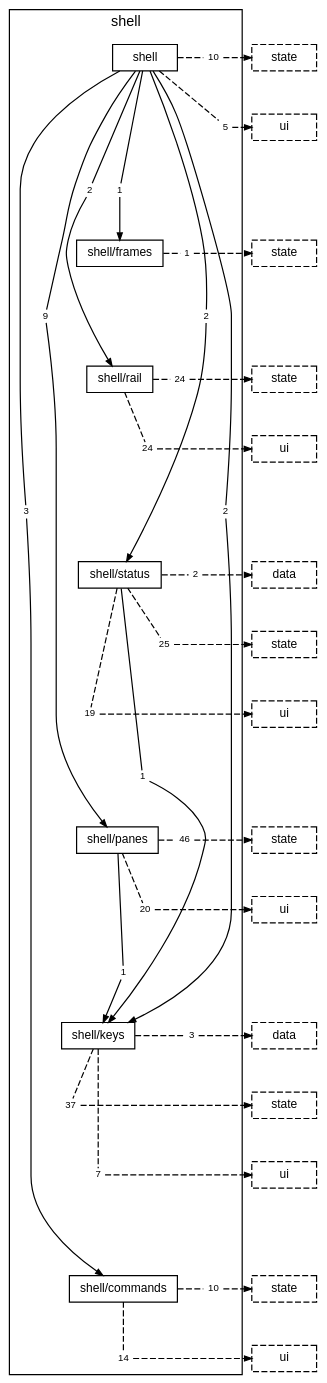
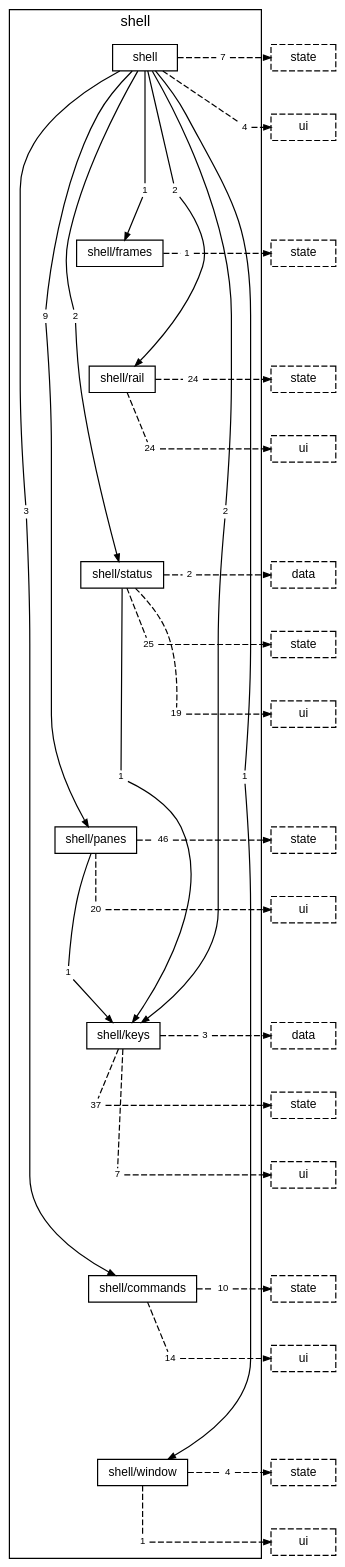
One commit to TheAxeC/oculus changed the diagram in docs/diagrams/layer-shell.dot. Above: the diagram before and after it, drawn with Graphviz. The commit also changed 144 other files, not shown here.

```diff
--- a/docs/diagrams/layer-shell.dot
+++ b/docs/diagrams/layer-shell.dot
@@ -1,120 +1,135 @@
 digraph layer_shell {
     graph [bgcolor="transparent", rankdir=TB, newrank=true, mclimit=4, fontname="Helvetica,Arial,sans-serif", fontsize=12, nodesep=0.2, ranksep=0.5];
     node [shape=box, color="black", fontcolor="black", fontname="Helvetica,Arial,sans-serif", fontsize=10, height=0.3, margin="0.12,0.04"];
     edge [color="black", fontcolor="black", fontname="Helvetica,Arial,sans-serif", fontsize=8, arrowsize=0.6];
     subgraph "cluster_shell" {
         label="shell"; style=solid;
         "folder shell" [label="shell"];
         "folder shell/frames" [label="shell/frames"];
         "folder shell/rail" [label="shell/rail"];
         "folder shell/status" [label="shell/status"];
         "folder shell/panes" [label="shell/panes"];
         "folder shell/keys" [label="shell/keys"];
         "folder shell/commands" [label="shell/commands"];
+        "folder shell/window" [label="shell/window"];
         "folder shell to folder shell/commands" [label="3", shape=box, color="transparent", fontsize=8, width=0, height=0, margin="0.04,0.02"];
         "folder shell to folder shell/frames" [label="1", shape=box, color="transparent", fontsize=8, width=0, height=0, margin="0.04,0.02"];
         "folder shell to folder shell/keys" [label="2", shape=box, color="transparent", fontsize=8, width=0, height=0, margin="0.04,0.02"];
         "folder shell to folder shell/panes" [label="9", shape=box, color="transparent", fontsize=8, width=0, height=0, margin="0.04,0.02"];
         "folder shell to folder shell/rail" [label="2", shape=box, color="transparent", fontsize=8, width=0, height=0, margin="0.04,0.02"];
         "folder shell to folder shell/status" [label="2", shape=box, color="transparent", fontsize=8, width=0, height=0, margin="0.04,0.02"];
-        "folder shell to layer state" [label="10", shape=box, color="transparent", fontsize=8, width=0, height=0, margin="0.04,0.02"];
-        "folder shell to layer ui" [label="5", shape=box, color="transparent", fontsize=8, width=0, height=0, margin="0.04,0.02"];
+        "folder shell to folder shell/window" [label="1", shape=box, color="transparent", fontsize=8, width=0, height=0, margin="0.04,0.02"];
+        "folder shell to layer state" [label="7", shape=box, color="transparent", fontsize=8, width=0, height=0, margin="0.04,0.02"];
+        "folder shell to layer ui" [label="4", shape=box, color="transparent", fontsize=8, width=0, height=0, margin="0.04,0.02"];
         "folder shell/frames to layer state" [label="1", shape=box, color="transparent", fontsize=8, width=0, height=0, margin="0.04,0.02"];
         "folder shell/rail to layer state" [label="24", shape=box, color="transparent", fontsize=8, width=0, height=0, margin="0.04,0.02"];
         "folder shell/rail to layer ui" [label="24", shape=box, color="transparent", fontsize=8, width=0, height=0, margin="0.04,0.02"];
         "folder shell/status to folder shell/keys" [label="1", shape=box, color="transparent", fontsize=8, width=0, height=0, margin="0.04,0.02"];
         "folder shell/status to layer data" [label="2", shape=box, color="transparent", fontsize=8, width=0, height=0, margin="0.04,0.02"];
         "folder shell/status to layer state" [label="25", shape=box, color="transparent", fontsize=8, width=0, height=0, margin="0.04,0.02"];
         "folder shell/status to layer ui" [label="19", shape=box, color="transparent", fontsize=8, width=0, height=0, margin="0.04,0.02"];
         "folder shell/panes to folder shell/keys" [label="1", shape=box, color="transparent", fontsize=8, width=0, height=0, margin="0.04,0.02"];
         "folder shell/panes to layer state" [label="46", shape=box, color="transparent", fontsize=8, width=0, height=0, margin="0.04,0.02"];
         "folder shell/panes to layer ui" [label="20", shape=box, color="transparent", fontsize=8, width=0, height=0, margin="0.04,0.02"];
         "folder shell/keys to layer data" [label="3", shape=box, color="transparent", fontsize=8, width=0, height=0, margin="0.04,0.02"];
         "folder shell/keys to layer state" [label="37", shape=box, color="transparent", fontsize=8, width=0, height=0, margin="0.04,0.02"];
         "folder shell/keys to layer ui" [label="7", shape=box, color="transparent", fontsize=8, width=0, height=0, margin="0.04,0.02"];
         "folder shell/commands to layer state" [label="10", shape=box, color="transparent", fontsize=8, width=0, height=0, margin="0.04,0.02"];
         "folder shell/commands to layer ui" [label="14", shape=box, color="transparent", fontsize=8, width=0, height=0, margin="0.04,0.02"];
+        "folder shell/window to layer state" [label="4", shape=box, color="transparent", fontsize=8, width=0, height=0, margin="0.04,0.02"];
+        "folder shell/window to layer ui" [label="1", shape=box, color="transparent", fontsize=8, width=0, height=0, margin="0.04,0.02"];
     }
     "layer state from folder shell" [label="state", style=dashed];
     "layer ui from folder shell" [label="ui", style=dashed];
     "layer state from folder shell/frames" [label="state", style=dashed];
     "layer state from folder shell/rail" [label="state", style=dashed];
     "layer ui from folder shell/rail" [label="ui", style=dashed];
     "layer data from folder shell/status" [label="data", style=dashed];
     "layer state from folder shell/status" [label="state", style=dashed];
     "layer ui from folder shell/status" [label="ui", style=dashed];
     "layer state from folder shell/panes" [label="state", style=dashed];
     "layer ui from folder shell/panes" [label="ui", style=dashed];
     "layer data from folder shell/keys" [label="data", style=dashed];
     "layer state from folder shell/keys" [label="state", style=dashed];
     "layer ui from folder shell/keys" [label="ui", style=dashed];
     "layer state from folder shell/commands" [label="state", style=dashed];
     "layer ui from folder shell/commands" [label="ui", style=dashed];
+    "layer state from folder shell/window" [label="state", style=dashed];
+    "layer ui from folder shell/window" [label="ui", style=dashed];
     "folder shell" -> "folder shell/frames" [style=invis, weight=10, minlen=3];
     "folder shell/frames" -> "folder shell/rail" [style=invis, weight=10, minlen=2];
     "folder shell/rail" -> "folder shell/status" [style=invis, weight=10, minlen=3];
     "folder shell/status" -> "folder shell/panes" [style=invis, weight=10, minlen=4];
     "folder shell/panes" -> "folder shell/keys" [style=invis, weight=10, minlen=3];
     "folder shell/keys" -> "folder shell/commands" [style=invis, weight=10, minlen=4];
+    "folder shell/commands" -> "folder shell/window" [style=invis, weight=10, minlen=3];
     "folder shell" -> "folder shell to folder shell/commands" [arrowhead=none, minlen=7, weight=10];
     "folder shell to folder shell/commands" -> "folder shell/commands" [];
     "folder shell" -> "folder shell to folder shell/frames" [arrowhead=none, minlen=2, weight=10];
     "folder shell to folder shell/frames" -> "folder shell/frames" [];
     "folder shell" -> "folder shell to folder shell/keys" [arrowhead=none, minlen=7, weight=10];
     "folder shell to folder shell/keys" -> "folder shell/keys" [];
     "folder shell" -> "folder shell to folder shell/panes" [arrowhead=none, minlen=4, weight=10];
     "folder shell to folder shell/panes" -> "folder shell/panes" [];
     "folder shell" -> "folder shell to folder shell/rail" [arrowhead=none, minlen=2, weight=10];
     "folder shell to folder shell/rail" -> "folder shell/rail" [];
     "folder shell" -> "folder shell to folder shell/status" [arrowhead=none, minlen=4, weight=10];
     "folder shell to folder shell/status" -> "folder shell/status" [];
+    "folder shell" -> "folder shell to folder shell/window" [arrowhead=none, minlen=11, weight=10];
+    "folder shell to folder shell/window" -> "folder shell/window" [];
     "folder shell" -> "folder shell to layer state" [arrowhead=none, style=dashed];
     "folder shell to layer state" -> "layer state from folder shell" [style=dashed];
     { rank=same; "folder shell"; "folder shell to layer state"; "layer state from folder shell"; }
     "folder shell" -> "folder shell to layer ui" [arrowhead=none, style=dashed, minlen=1, weight=10];
     "folder shell to layer ui" -> "layer ui from folder shell" [style=dashed];
     { rank=same; "folder shell to layer ui"; "layer ui from folder shell"; }
     "folder shell/frames" -> "folder shell/frames to layer state" [arrowhead=none, style=dashed];
     "folder shell/frames to layer state" -> "layer state from folder shell/frames" [style=dashed];
     { rank=same; "folder shell/frames"; "folder shell/frames to layer state"; "layer state from folder shell/frames"; }
     "folder shell/rail" -> "folder shell/rail to layer state" [arrowhead=none, style=dashed];
     "folder shell/rail to layer state" -> "layer state from folder shell/rail" [style=dashed];
     { rank=same; "folder shell/rail"; "folder shell/rail to layer state"; "layer state from folder shell/rail"; }
     "folder shell/rail" -> "folder shell/rail to layer ui" [arrowhead=none, style=dashed, minlen=1, weight=10];
     "folder shell/rail to layer ui" -> "layer ui from folder shell/rail" [style=dashed];
     { rank=same; "folder shell/rail to layer ui"; "layer ui from folder shell/rail"; }
     "folder shell/status" -> "folder shell/status to folder shell/keys" [arrowhead=none, minlen=3, weight=10];
     "folder shell/status to folder shell/keys" -> "folder shell/keys" [];
     "folder shell/status" -> "folder shell/status to layer data" [arrowhead=none, style=dashed];
     "folder shell/status to layer data" -> "layer data from folder shell/status" [style=dashed];
     { rank=same; "folder shell/status"; "folder shell/status to layer data"; "layer data from folder shell/status"; }
     "folder shell/status" -> "folder shell/status to layer state" [arrowhead=none, style=dashed, minlen=1, weight=10];
     "folder shell/status to layer state" -> "layer state from folder shell/status" [style=dashed];
     { rank=same; "folder shell/status to layer state"; "layer state from folder shell/status"; }
     "folder shell/status" -> "folder shell/status to layer ui" [arrowhead=none, style=dashed, minlen=2, weight=10];
     "folder shell/status to layer ui" -> "layer ui from folder shell/status" [style=dashed];
     { rank=same; "folder shell/status to layer ui"; "layer ui from folder shell/status"; }
     "folder shell/panes" -> "folder shell/panes to folder shell/keys" [arrowhead=none, minlen=2, weight=10];
     "folder shell/panes to folder shell/keys" -> "folder shell/keys" [];
     "folder shell/panes" -> "folder shell/panes to layer state" [arrowhead=none, style=dashed];
     "folder shell/panes to layer state" -> "layer state from folder shell/panes" [style=dashed];
     { rank=same; "folder shell/panes"; "folder shell/panes to layer state"; "layer state from folder shell/panes"; }
     "folder shell/panes" -> "folder shell/panes to layer ui" [arrowhead=none, style=dashed, minlen=1, weight=10];
     "folder shell/panes to layer ui" -> "layer ui from folder shell/panes" [style=dashed];
     { rank=same; "folder shell/panes to layer ui"; "layer ui from folder shell/panes"; }
     "folder shell/keys" -> "folder shell/keys to layer data" [arrowhead=none, style=dashed];
     "folder shell/keys to layer data" -> "layer data from folder shell/keys" [style=dashed];
     { rank=same; "folder shell/keys"; "folder shell/keys to layer data"; "layer data from folder shell/keys"; }
     "folder shell/keys" -> "folder shell/keys to layer state" [arrowhead=none, style=dashed, minlen=1, weight=10];
     "folder shell/keys to layer state" -> "layer state from folder shell/keys" [style=dashed];
     { rank=same; "folder shell/keys to layer state"; "layer state from folder shell/keys"; }
     "folder shell/keys" -> "folder shell/keys to layer ui" [arrowhead=none, style=dashed, minlen=2, weight=10];
     "folder shell/keys to layer ui" -> "layer ui from folder shell/keys" [style=dashed];
     { rank=same; "folder shell/keys to layer ui"; "layer ui from folder shell/keys"; }
     "folder shell/commands" -> "folder shell/commands to layer state" [arrowhead=none, style=dashed];
     "folder shell/commands to layer state" -> "layer state from folder shell/commands" [style=dashed];
     { rank=same; "folder shell/commands"; "folder shell/commands to layer state"; "layer state from folder shell/commands"; }
     "folder shell/commands" -> "folder shell/commands to layer ui" [arrowhead=none, style=dashed, minlen=1, weight=10];
     "folder shell/commands to layer ui" -> "layer ui from folder shell/commands" [style=dashed];
     { rank=same; "folder shell/commands to layer ui"; "layer ui from folder shell/commands"; }
+    "folder shell/window" -> "folder shell/window to layer state" [arrowhead=none, style=dashed];
+    "folder shell/window to layer state" -> "layer state from folder shell/window" [style=dashed];
+    { rank=same; "folder shell/window"; "folder shell/window to layer state"; "layer state from folder shell/window"; }
+    "folder shell/window" -> "folder shell/window to layer ui" [arrowhead=none, style=dashed, minlen=1, weight=10];
+    "folder shell/window to layer ui" -> "layer ui from folder shell/window" [style=dashed];
+    { rank=same; "folder shell/window to layer ui"; "layer ui from folder shell/window"; }
 }
```
